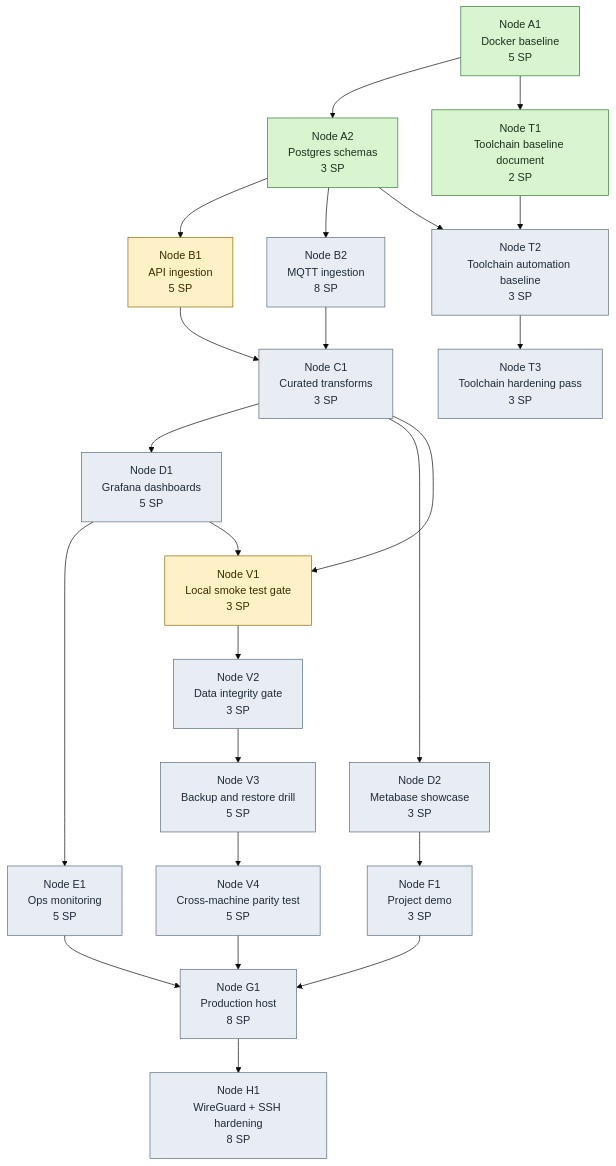
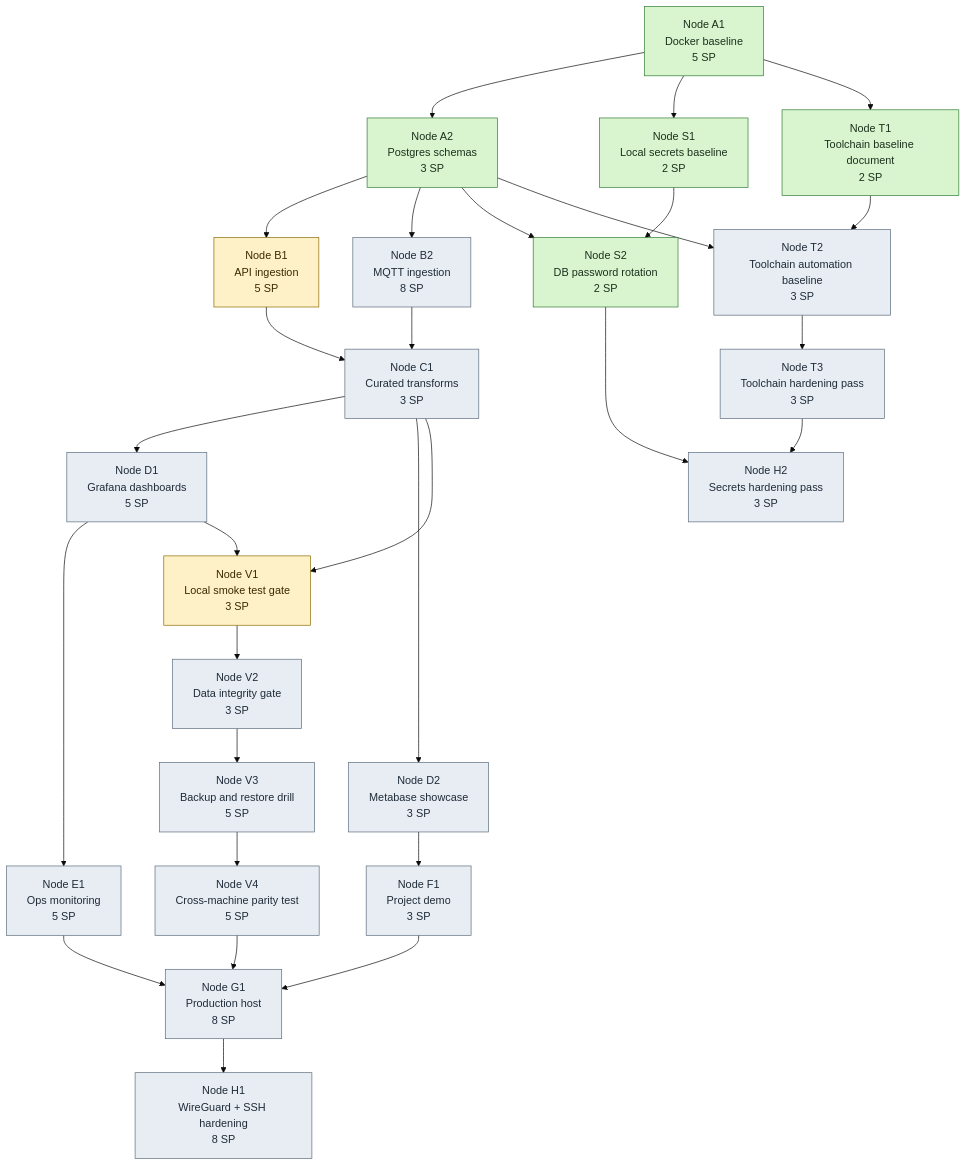
The diagram in docs/architecture/diagrams/tech-tree.mmd (EnTekLasse/commons-anchor), drawn with Mermaid (base theme) before and after one commit. The commit also changed 16 other files, not shown here.

First line of the commit message:
feat: add Energinet ingestion flow and hardening baseline

```diff
--- a/docs/architecture/diagrams/tech-tree.mmd
+++ b/docs/architecture/diagrams/tech-tree.mmd
@@ -1,65 +1,76 @@
 %% AUTO-GENERATED FROM docs/architecture/diagram-model.json
 flowchart TD
   A1[Node A1<br/>Docker baseline<br/>5 SP]
   A2[Node A2<br/>Postgres schemas<br/>3 SP]
   B1[Node B1<br/>API ingestion<br/>5 SP]
   B2[Node B2<br/>MQTT ingestion<br/>8 SP]
   C1[Node C1<br/>Curated transforms<br/>3 SP]
   D1[Node D1<br/>Grafana dashboards<br/>5 SP]
   D2[Node D2<br/>Metabase showcase<br/>3 SP]
   E1[Node E1<br/>Ops monitoring<br/>5 SP]
   F1[Node F1<br/>Project demo<br/>3 SP]
   V1[Node V1<br/>Local smoke test gate<br/>3 SP]
   V2[Node V2<br/>Data integrity gate<br/>3 SP]
   V3[Node V3<br/>Backup and restore drill<br/>5 SP]
   V4[Node V4<br/>Cross-machine parity test<br/>5 SP]
   G1[Node G1<br/>Production host<br/>8 SP]
+  S1[Node S1<br/>Local secrets baseline<br/>2 SP]
+  S2[Node S2<br/>DB password rotation<br/>2 SP]
   H1[Node H1<br/>WireGuard + SSH hardening<br/>8 SP]
+  H2[Node H2<br/>Secrets hardening pass<br/>3 SP]
   T1[Node T1<br/>Toolchain baseline document<br/>2 SP]
   T2[Node T2<br/>Toolchain automation baseline<br/>3 SP]
   T3[Node T3<br/>Toolchain hardening pass<br/>3 SP]
 
   A1 --> A2
   A2 --> B1
   A2 --> B2
   B1 --> C1
   B2 --> C1
   C1 --> D1
   C1 --> D2
   D1 --> E1
   D2 --> F1
   C1 --> V1
   D1 --> V1
   V1 --> V2
   V2 --> V3
   V3 --> V4
   E1 --> G1
   F1 --> G1
   V4 --> G1
+  A1 --> S1
+  S1 --> S2
+  A2 --> S2
   G1 --> H1
+  S2 --> H2
+  T3 --> H2
   A1 --> T1
   T1 --> T2
   A2 --> T2
   T2 --> T3
 
   classDef done fill:#d8f5d0,stroke:#2f7a2f,stroke-width:1px,color:#1c311c
   classDef inProgress fill:#fff1c7,stroke:#8a6a00,stroke-width:1px,color:#3a2a00
   classDef backlog fill:#e8edf3,stroke:#5a6b7d,stroke-width:1px,color:#1f2b38
   class A1 done
   class A2 done
   class B1 inProgress
   class B2 backlog
   class C1 backlog
   class D1 backlog
   class D2 backlog
   class E1 backlog
   class F1 backlog
   class V1 inProgress
   class V2 backlog
   class V3 backlog
   class V4 backlog
   class G1 backlog
+  class S1 done
+  class S2 done
   class H1 backlog
+  class H2 backlog
   class T1 done
   class T2 backlog
   class T3 backlog
```
